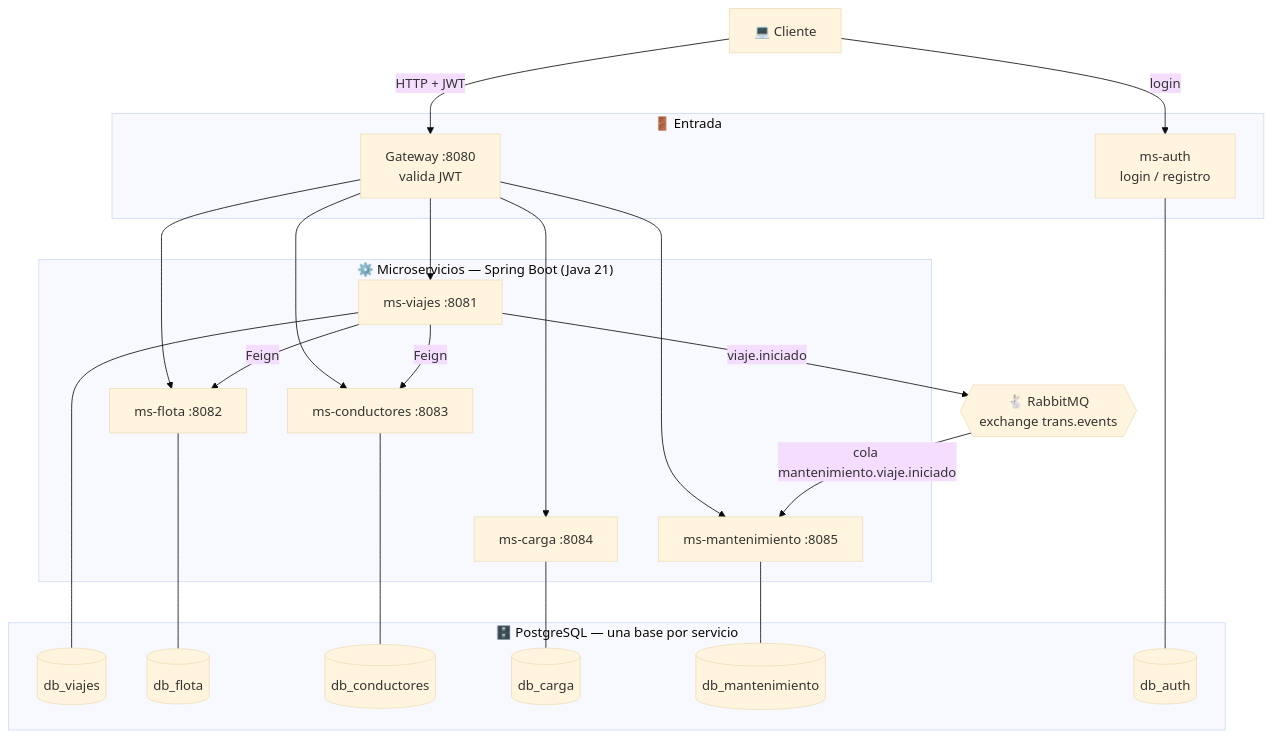
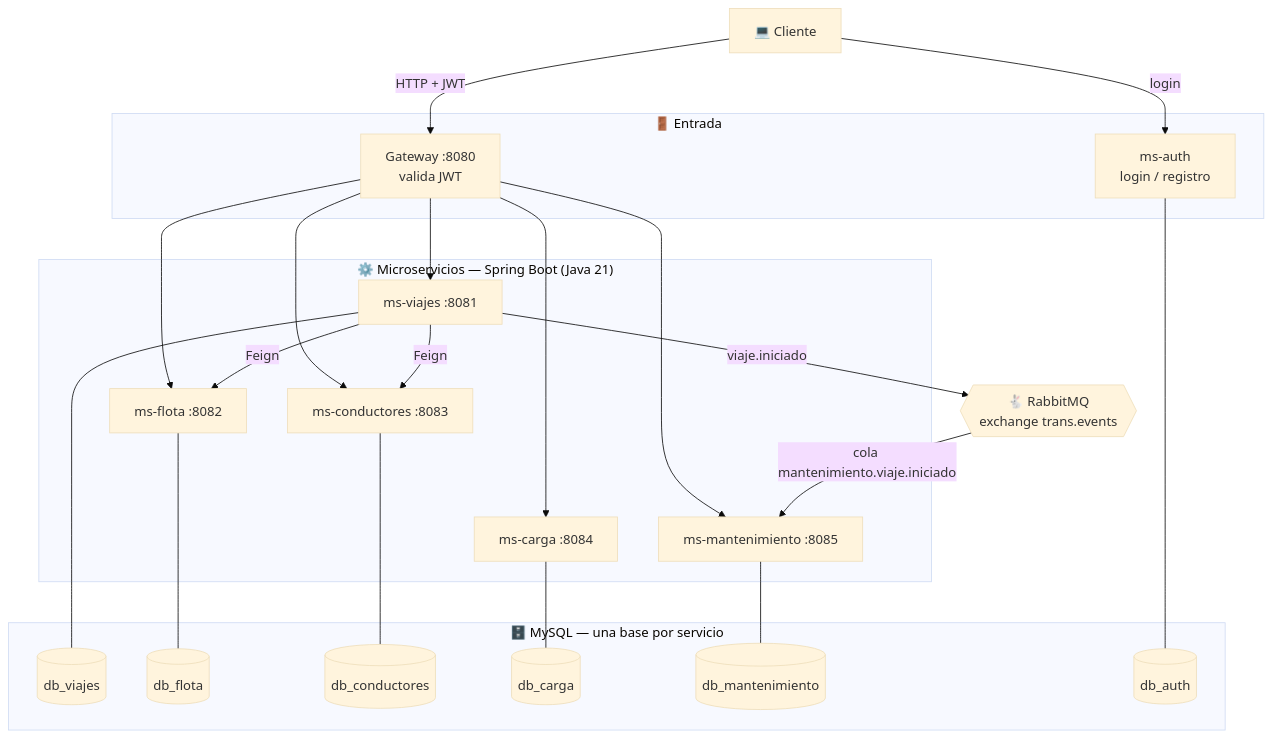
One commit to MichaelLunaDev/trans-cargo-erp changed the first of 3 diagrams in README.md. Above: the diagram before and after it, drawn with Mermaid (base theme). The commit also changed other lines of this file and 1 other file, not shown here.

Commit message:
docs: actualiza README y DESPLIEGUE de PostgreSQL a MySQL

````diff
--- a/README.md
+++ b/README.md
@@ -91,42 +91,42 @@
 ```mermaid
 flowchart TB
     CL["💻 Cliente"]
 
     subgraph E["🚪 Entrada"]
         GW["Gateway :8080<br/>valida JWT"]
         AU["ms-auth<br/>login / registro"]
     end
 
     subgraph S["⚙️ Microservicios — Spring Boot (Java 21)"]
         VI["ms-viajes :8081"]
         FL["ms-flota :8082"]
         CO["ms-conductores :8083"]
         CA["ms-carga :8084"]
         MA["ms-mantenimiento :8085"]
     end
 
     MQ{{"🐇 RabbitMQ<br/>exchange trans.events"}}
 
-    subgraph D["🗄️ PostgreSQL — una base por servicio"]
+    subgraph D["🗄️ MySQL — una base por servicio"]
         DB1[("db_viajes")]
         DB2[("db_flota")]
         DB3[("db_conductores")]
         DB4[("db_carga")]
         DB5[("db_mantenimiento")]
         DB6[("db_auth")]
     end
 
     CL -->|HTTP + JWT| GW
     CL -->|login| AU
     AU --- DB6
     GW --> VI & FL & CO & CA & MA
     VI -->|Feign| FL
     VI -->|Feign| CO
     VI -->|viaje.iniciado| MQ
     MQ -->|cola mantenimiento.viaje.iniciado| MA
     VI --- DB1
     FL --- DB2
     CO --- DB3
     CA --- DB4
     MA --- DB5
 ```
````
